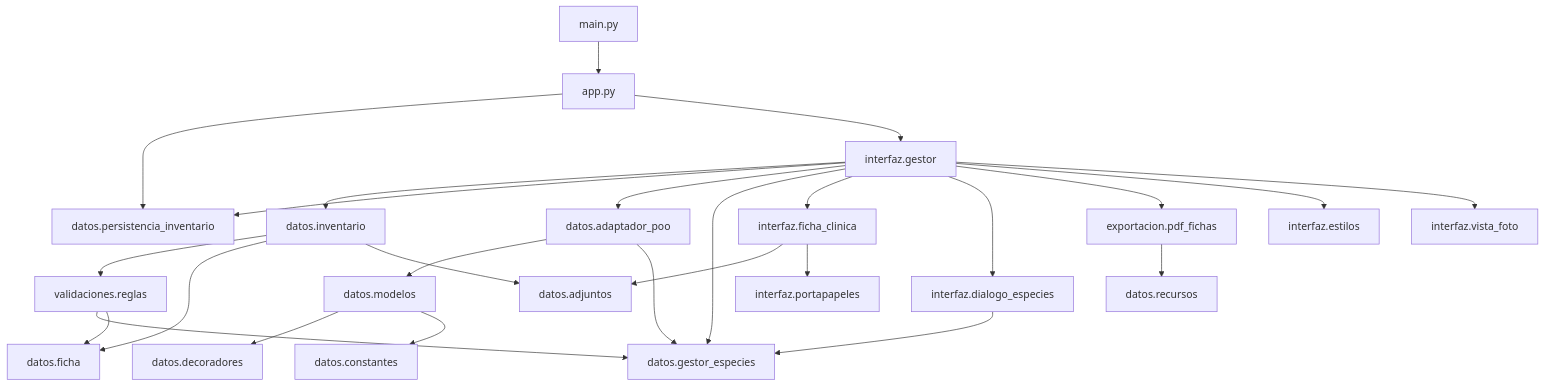
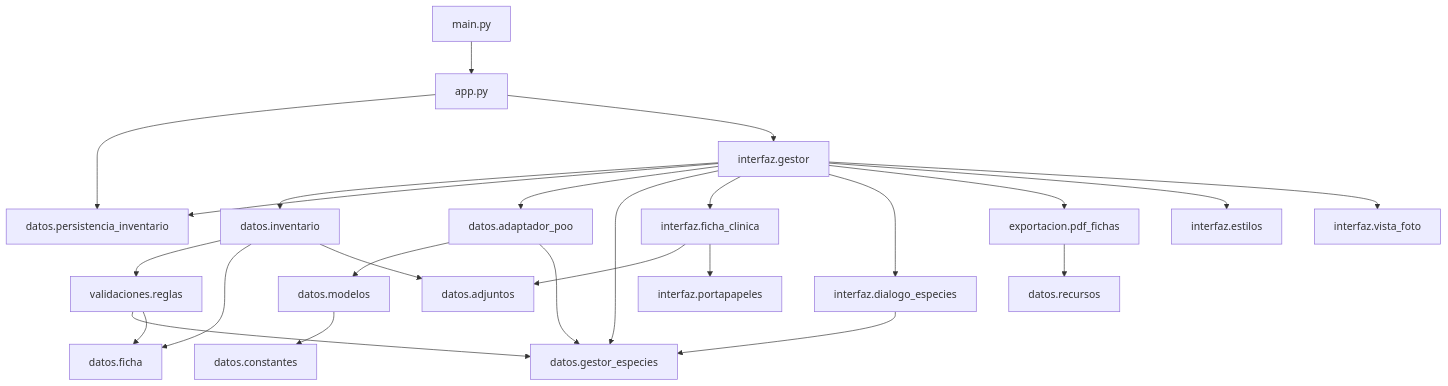
The first of 3 diagrams in docs/guia_didactica_codigo_python.md (gracobjo/refugio), drawn with Mermaid before and after one commit. The commit also changed other lines of this file and 10 other files, not shown here.

````diff
--- a/docs/guia_didactica_codigo_python.md
+++ b/docs/guia_didactica_codigo_python.md
@@ -92,28 +92,27 @@
 ```mermaid
 flowchart TB
   app[app.py] --> pers[datos.persistencia_inventario]
   app --> gestor[interfaz.gestor]
   main[main.py] --> app
   gestor --> inv[datos.inventario]
   gestor --> pers
   gestor --> adap[datos.adaptador_poo]
   gestor --> cat[datos.gestor_especies]
   gestor --> fichaUI[interfaz.ficha_clinica]
   gestor --> espUI[interfaz.dialogo_especies]
   gestor --> pdf[exportacion.pdf_fichas]
   gestor --> est[interfaz.estilos]
   gestor --> foto[interfaz.vista_foto]
   inv --> val[validaciones.reglas]
   inv --> ficha[datos.ficha]
   inv --> adj[datos.adjuntos]
   val --> cat
   val --> ficha
   adap --> mod[datos.modelos]
   adap --> cat
-  mod --> dec[datos.decoradores]
   mod --> const[datos.constantes]
   fichaUI --> adj
   fichaUI --> port[interfaz.portapapeles]
   espUI --> cat
   pdf --> rec[datos.recursos]
 ```
````
